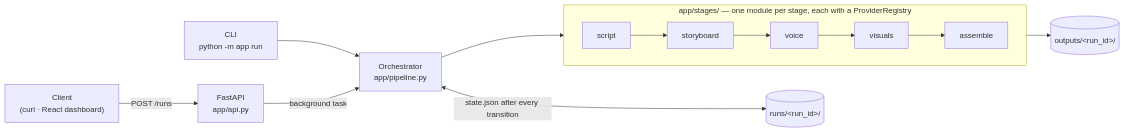
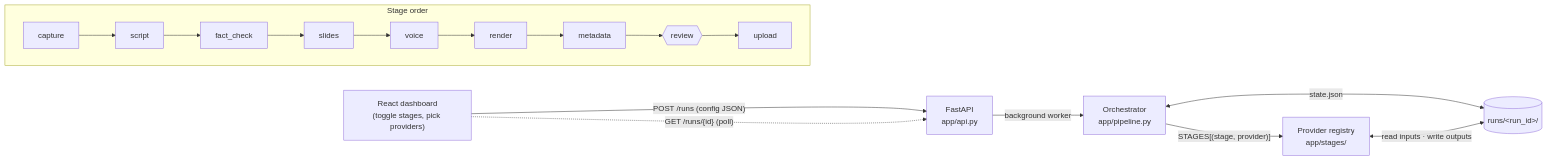
The diagram in README.md (shekar369/AISchool-video-generation), drawn with Mermaid before and after one commit. The commit also changed other lines of this file, not shown here.

First line of the commit message:
docs: rewrite README for the 9-stage pipeline and review gate

````diff
--- a/README.md
+++ b/README.md
@@ -18,15 +26,14 @@
 ```mermaid
 flowchart LR
-    Client["Client<br/>(curl · React dashboard)"] -->|POST /runs| API["FastAPI<br/>app/api.py"]
-    CLI["CLI<br/>python -m app run"] --> Pipeline
-    API -->|background task| Pipeline["Orchestrator<br/>app/pipeline.py"]
+    Dash["React dashboard<br/>(toggle stages, pick providers)"] -->|"POST /runs (config JSON)"| API["FastAPI<br/>app/api.py"]
+    Dash -.->|"GET /runs/{id} (poll)"| API
+    API -->|background worker| Orch["Orchestrator<br/>app/pipeline.py"]
+    Orch -->|"STAGES[(stage, provider)]"| Reg["Provider registry<br/>app/stages/"]
+    Orch <-->|state.json| Run[("runs/&lt;run_id&gt;/")]
+    Reg <-->|read inputs · write outputs| Run
 
-    subgraph Stages["app/stages/ — one module per stage, each with a ProviderRegistry"]
+    subgraph Flow["Stage order"]
         direction LR
-        S1[script] --> S2[storyboard] --> S3[voice] --> S4[visuals] --> S5[assemble]
+        c[capture] --> s[script] --> f[fact_check] --> sl[slides] --> v[voice] --> r[render] --> m[metadata] --> rv{{review}} --> u[upload]
     end
-
-    Pipeline --> Stages
-    Pipeline <-->|state.json after every transition| Runs[("runs/&lt;run_id&gt;/")]
-    S5 --> Out[("outputs/&lt;run_id&gt;/")]
 ```
````
